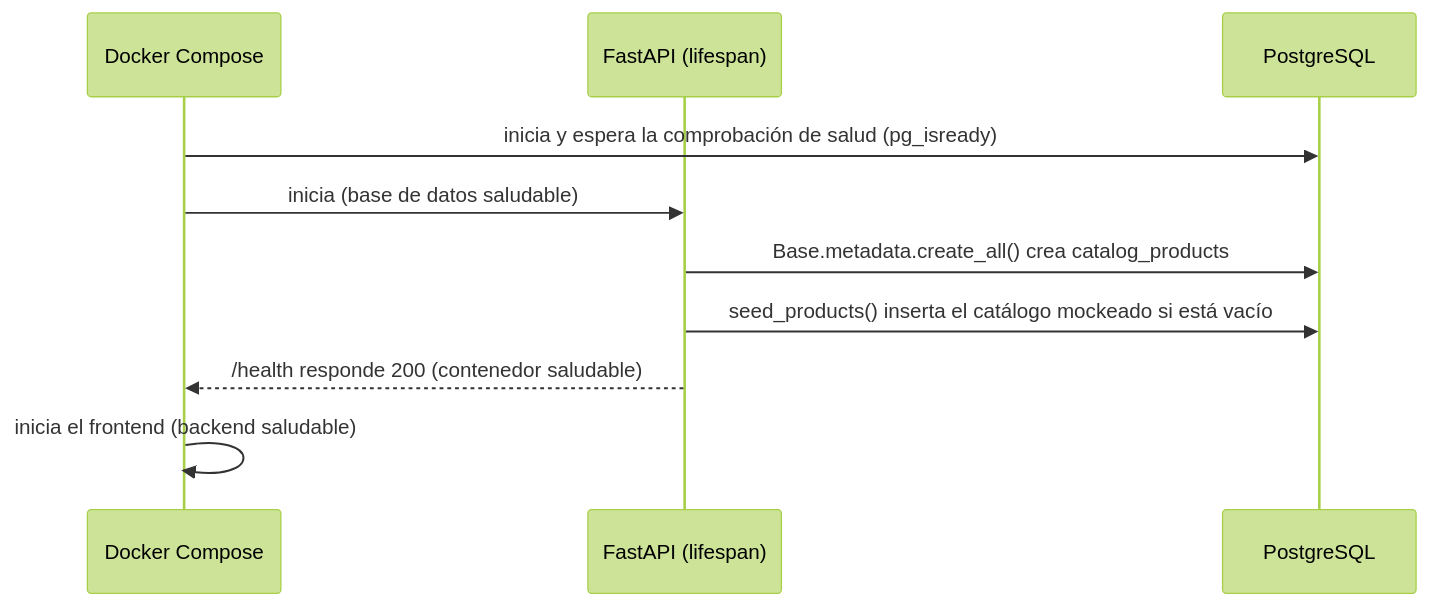
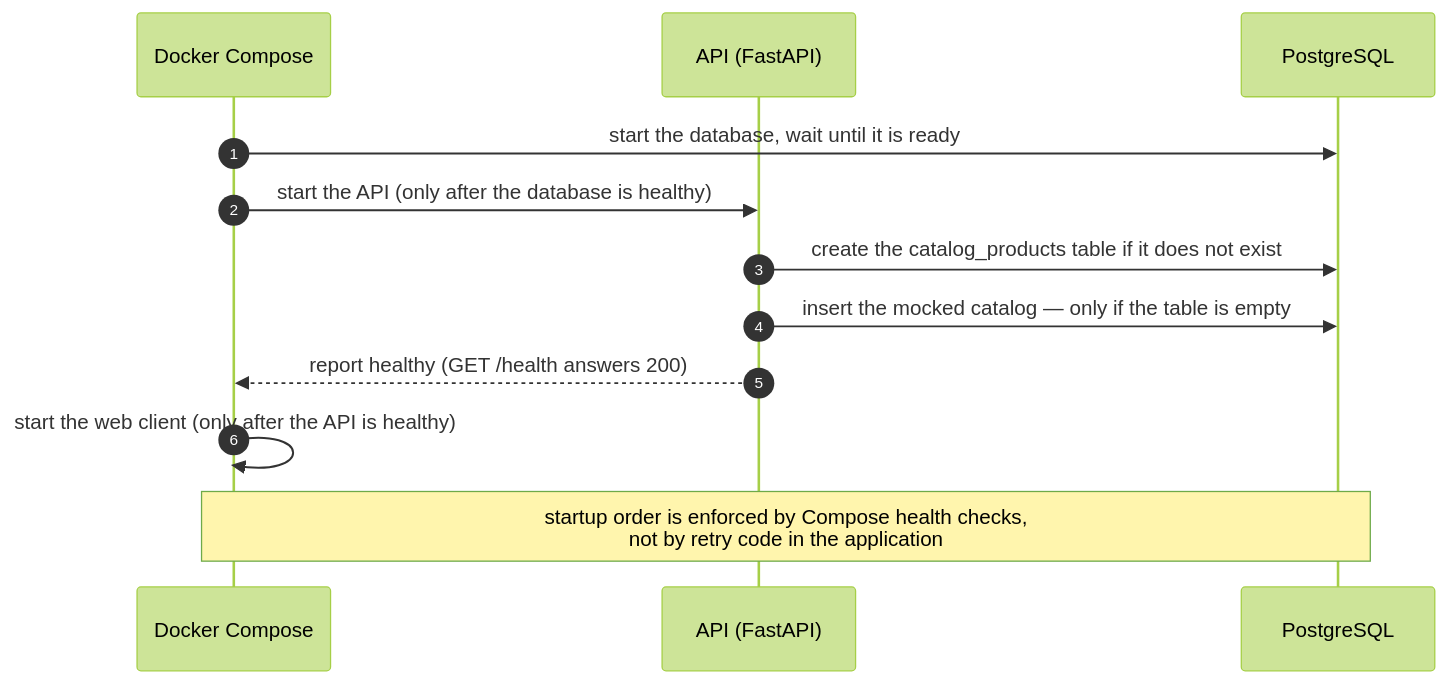
The fourth of 6 diagrams in docs/arc42/arc42-template-EN.md (ISCOUTB/AS_202620_TIENDA-VIRTUAL-UTB), drawn with Mermaid (forest theme) before and after one commit. The commit also changed other lines of this file and 6 other files, not shown here.

````diff
--- a/docs/arc42/arc42-template-EN.md
+++ b/docs/arc42/arc42-template-EN.md
@@ -249,12 +328,14 @@
 ```mermaid
 sequenceDiagram
+    autonumber
     participant Compose as Docker Compose
-    participant API as FastAPI (lifespan)
+    participant API as API (FastAPI)
     participant DB as PostgreSQL
-    Compose->>DB: inicia y espera la comprobación de salud (pg_isready)
-    Compose->>API: inicia (base de datos saludable)
-    API->>DB: Base.metadata.create_all() crea catalog_products
-    API->>DB: seed_products() inserta el catálogo mockeado si está vacío
-    API-->>Compose: /health responde 200 (contenedor saludable)
-    Compose->>Compose: inicia el frontend (backend saludable)
+    Compose->>DB: start the database, wait until it is ready
+    Compose->>API: start the API (only after the database is healthy)
+    API->>DB: create the catalog_products table if it does not exist
+    API->>DB: insert the mocked catalog — only if the table is empty
+    API-->>Compose: report healthy (GET /health answers 200)
+    Compose->>Compose: start the web client (only after the API is healthy)
+    Note over Compose,DB: startup order is enforced by Compose health checks,<br/>not by retry code in the application
 ```
````
